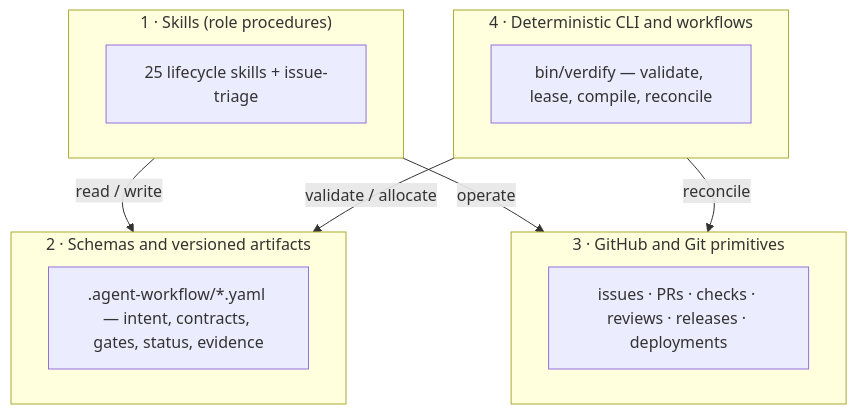
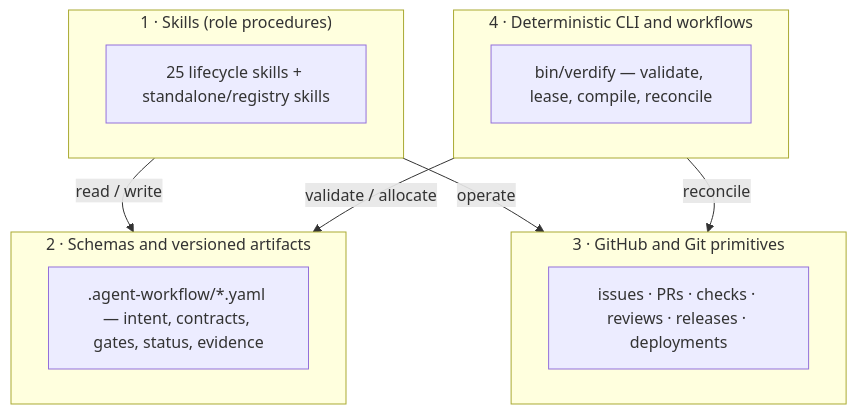
The diagram in docs/architecture.md (VerdifyConsultancy/verdify-skills), drawn with Mermaid before and after one commit. The commit also changed other lines of this file and 63 other files, not shown here.

````diff
--- a/docs/architecture.md
+++ b/docs/architecture.md
@@ -10,19 +10,19 @@
 ```mermaid
 flowchart TB
     subgraph L1["1 · Skills (role procedures)"]
-      S["25 lifecycle skills + issue-triage"]
+      S["25 lifecycle skills + standalone/registry skills"]
     end
     subgraph L2["2 · Schemas and versioned artifacts"]
       A[".agent-workflow/*.yaml — intent, contracts, gates, status, evidence"]
     end
     subgraph L3["3 · GitHub and Git primitives"]
       G["issues · PRs · checks · reviews · releases · deployments"]
     end
     subgraph L4["4 · Deterministic CLI and workflows"]
       C["bin/verdify — validate, lease, compile, reconcile"]
     end
     L1 -->|read / write| L2
     L1 -->|operate| L3
     L4 -->|validate / allocate| L2
     L4 -->|reconcile| L3
 ```
````
